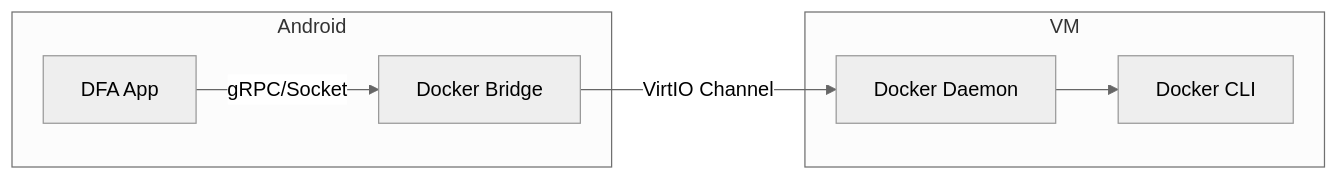
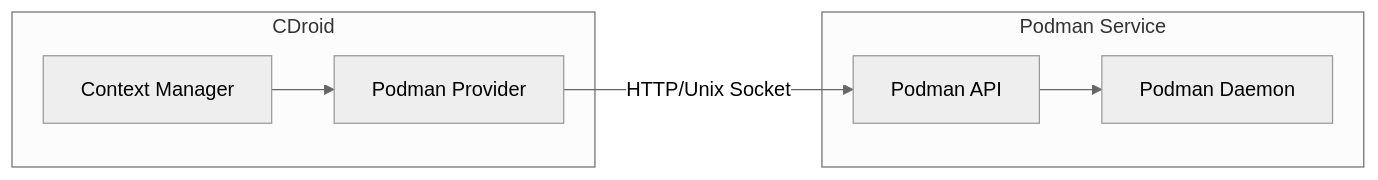
One commit to LineCatOvO/DFA changed the third of 10 diagrams in docs/ARCHITECTURE.md. Above: the diagram before and after it, drawn with Mermaid (neutral theme). The commit also changed other lines of this file and 25 other files, not shown here.

````diff
--- a/docs/ARCHITECTURE.md
+++ b/docs/ARCHITECTURE.md
@@ -208,16 +148,16 @@
 ```mermaid
 graph LR
-    subgraph "Android"
-        A[DFA App]
-        B[Docker Bridge]
+    subgraph "CDroid"
+        A[Context Manager]
+        B[Podman Provider]
     end
     
-    subgraph "VM"
-        C[Docker Daemon]
-        D[Docker CLI]
+    subgraph "Podman Service"
+        C[Podman API]
+        D[Podman Daemon]
     end
     
-    A -->|gRPC/Socket| B
-    B -->|VirtIO Channel| C
+    A --> B
+    B -->|HTTP/Unix Socket| C
     C --> D
 ```
````
